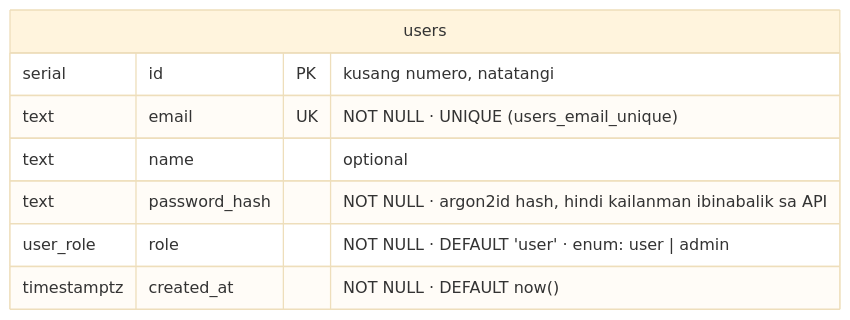
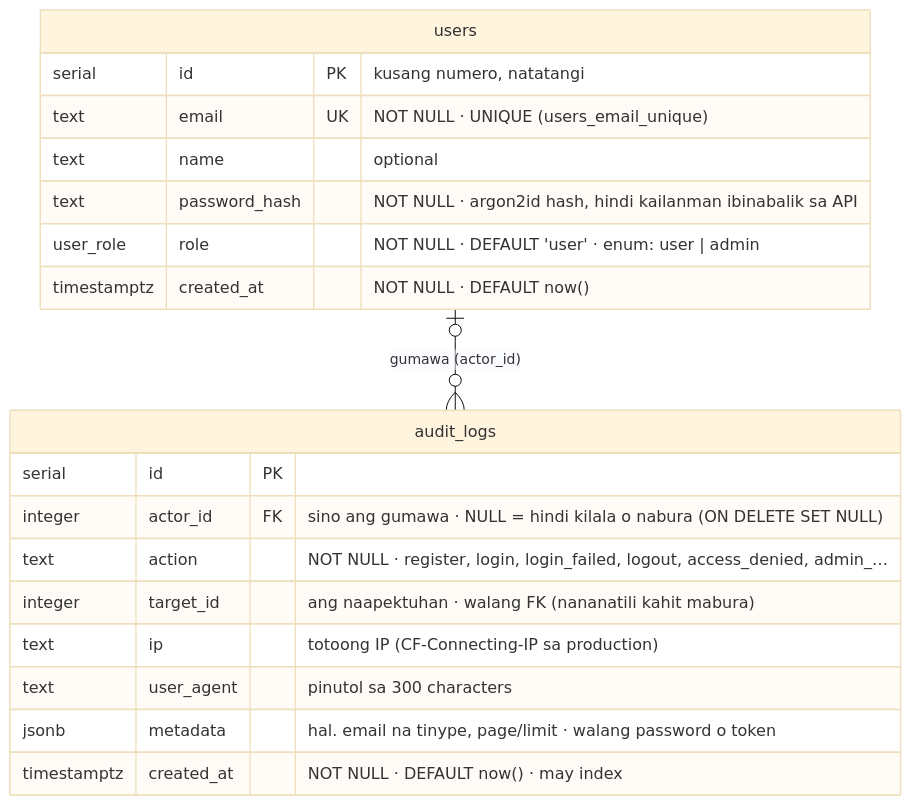
One commit to nelson1869-ai/auth-learning changed the first of 2 diagrams in docs/diagrams/02-er-diagram.md. Above: the diagram before and after it, drawn with Mermaid (base theme). The commit also changed other lines of this file and 15 other files, not shown here.

````diff
--- a/docs/diagrams/02-er-diagram.md
+++ b/docs/diagrams/02-er-diagram.md
@@ -13,11 +13,22 @@
 ```mermaid
 erDiagram
     users {
         serial id PK "kusang numero, natatangi"
         text email UK "NOT NULL · UNIQUE (users_email_unique)"
         text name "optional"
         text password_hash "NOT NULL · argon2id hash, hindi kailanman ibinabalik sa API"
         user_role role "NOT NULL · DEFAULT 'user' · enum: user | admin"
         timestamptz created_at "NOT NULL · DEFAULT now()"
     }
+    audit_logs {
+        serial id PK
+        integer actor_id FK "sino ang gumawa · NULL = hindi kilala o nabura (ON DELETE SET NULL)"
+        text action "NOT NULL · register, login, login_failed, logout, access_denied, admin_…"
+        integer target_id "ang naapektuhan · walang FK (nananatili kahit mabura)"
+        text ip "totoong IP (CF-Connecting-IP sa production)"
+        text user_agent "pinutol sa 300 characters"
+        jsonb metadata "hal. email na tinype, page/limit · walang password o token"
+        timestamptz created_at "NOT NULL · DEFAULT now() · may index"
+    }
+    users |o--o{ audit_logs : "gumawa (actor_id)"
 ```
````
